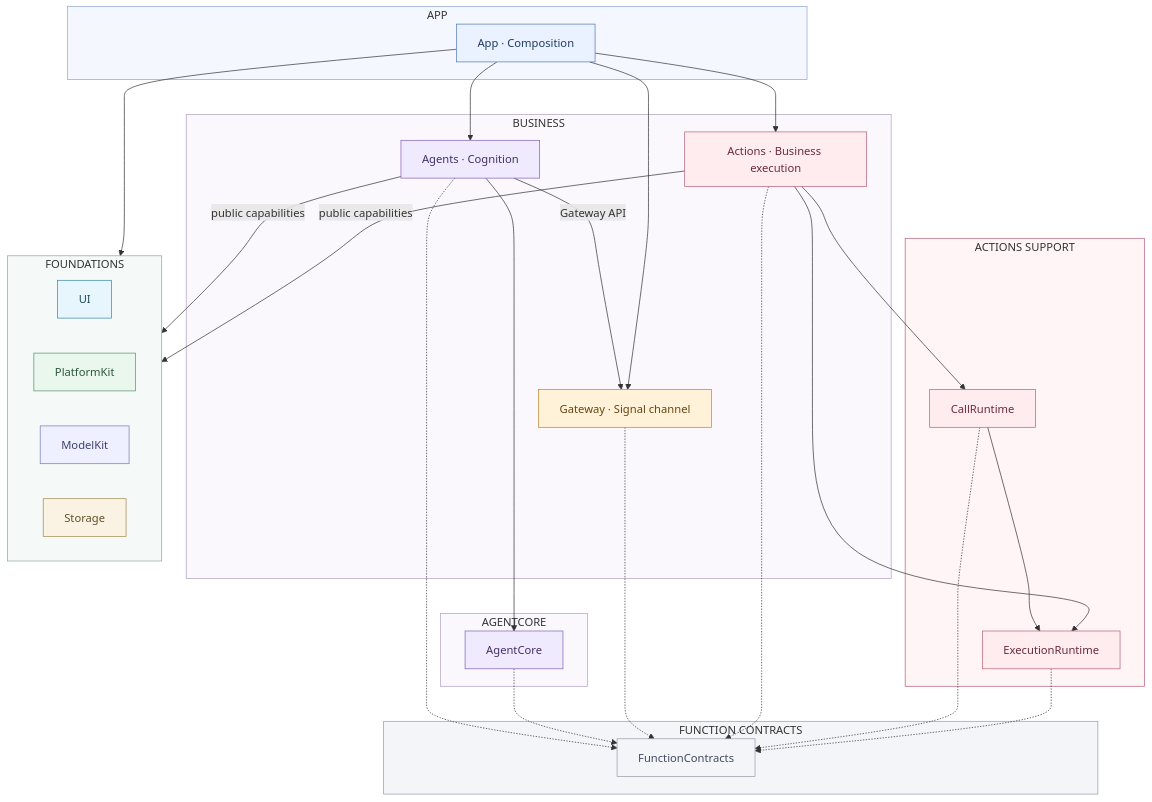
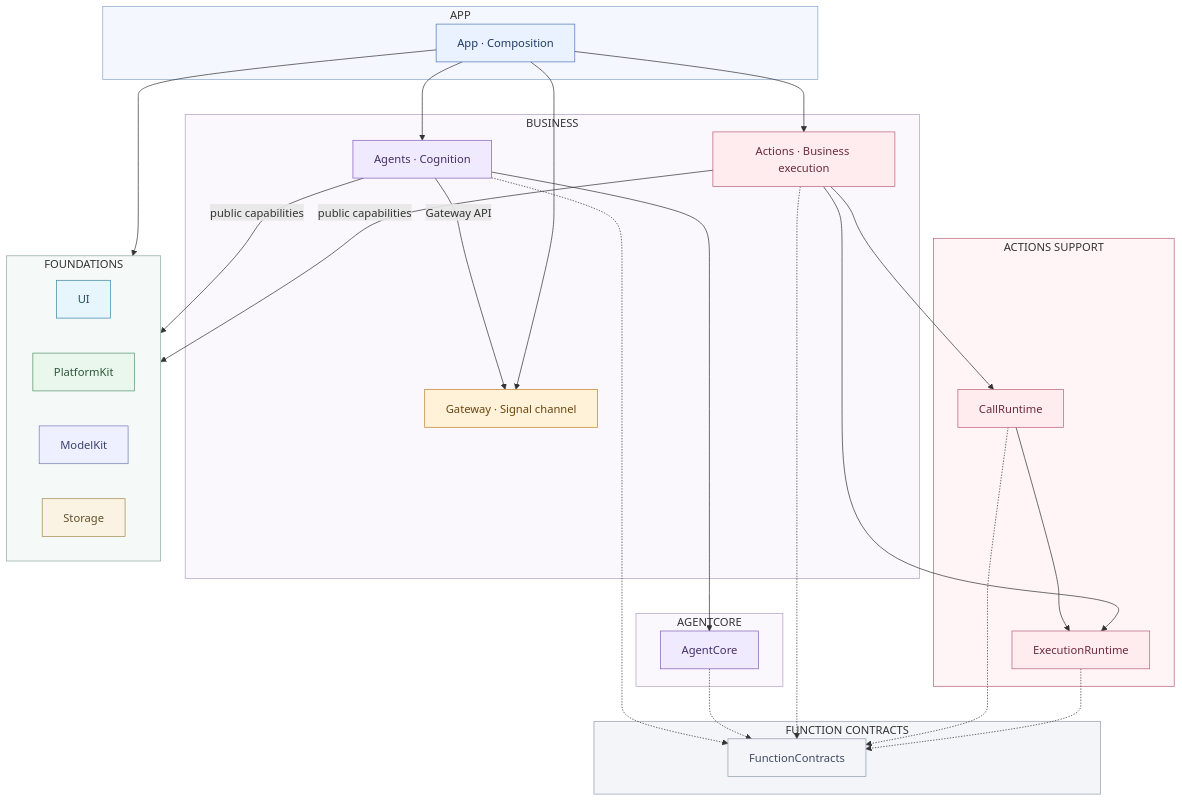
One commit to devilyouwei/MobileHarness changed the second of 29 diagrams in MobileHarness/README.md. Above: the diagram before and after it, drawn with Mermaid. The commit also changed other lines of this file and 97 other files, not shown here.

````diff
--- a/MobileHarness/README.md
+++ b/MobileHarness/README.md
@@ -131,64 +131,63 @@
 ```mermaid
 flowchart TB
     subgraph Host["APP"]
         App["App · Composition"]
     end
     subgraph Business["BUSINESS"]
         A["Agents · Cognition"] -->|Gateway API| G["Gateway · Signal channel"]
         X["Actions · Business execution"]
     end
     subgraph Cognitive["AGENTCORE"]
         AC["AgentCore"]
     end
     subgraph Neutral["FUNCTION CONTRACTS"]
         FC["FunctionContracts"]
     end
     subgraph Mechanisms["ACTIONS SUPPORT"]
         CR["CallRuntime"] --> ER["ExecutionRuntime"]
     end
     subgraph Foundations["FOUNDATIONS"]
         UI["UI"]
         P["PlatformKit"]
         M["ModelKit"]
         S["Storage"]
     end
     App --> A
     App --> G
     App --> X
     App --> Foundations
     A --> AC
     A -.-> FC
     AC -.-> FC
-    G -.-> FC
     X -.-> FC
     X --> CR
     X --> ER
     CR -.-> FC
     ER -.-> FC
     A -->|public capabilities| Foundations
     X -->|public capabilities| Foundations
     classDef host fill:#eaf2ff,stroke:#5078b8,color:#203b64
     classDef agent fill:#f0eaff,stroke:#8261b5,color:#463065
     classDef gateway fill:#fff2d9,stroke:#bf842c,color:#694511
     classDef action fill:#ffecef,stroke:#b86178,color:#6b2b3d
     classDef neutral fill:#f4f5f8,stroke:#939bad,color:#414b60
     classDef ui fill:#e7f6fc,stroke:#3985a4,color:#1f4c60
     classDef platform fill:#eaf7ed,stroke:#56936a,color:#2c573a
     classDef model fill:#eeefff,stroke:#747bb8,color:#3c426d
     classDef storage fill:#faf3e4,stroke:#a18a4e,color:#61512a
     class App host
     class A,AC agent
     class G gateway
     class X,CR,ER action
     class FC neutral
     class UI ui
     class P platform
     class M model
     class S storage
     style Host fill:#f4f7fd,stroke:#8ca7ce
     style Business fill:#faf7fd,stroke:#b1a0c4
     style Cognitive fill:#faf7fd,stroke:#b1a0c4
     style Neutral fill:#f4f5f8,stroke:#939bad
     style Mechanisms fill:#fff5f6,stroke:#b86178
     style Foundations fill:#f5f9f8,stroke:#8ca89f
 ```
````
